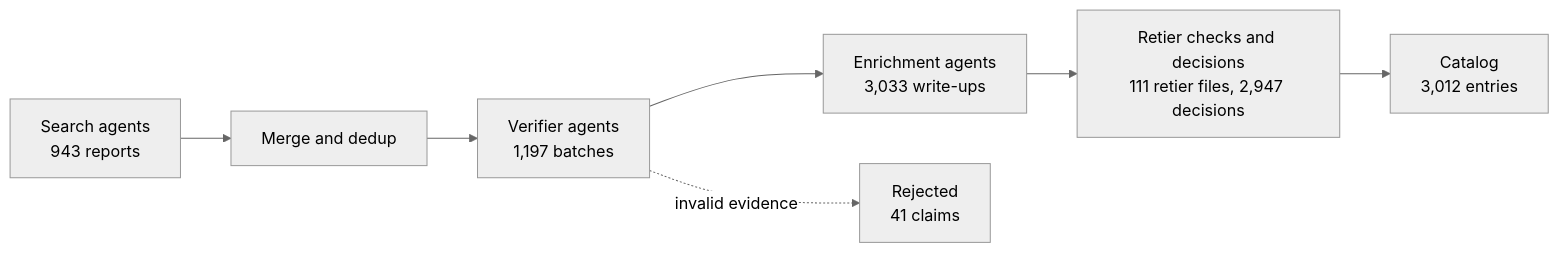
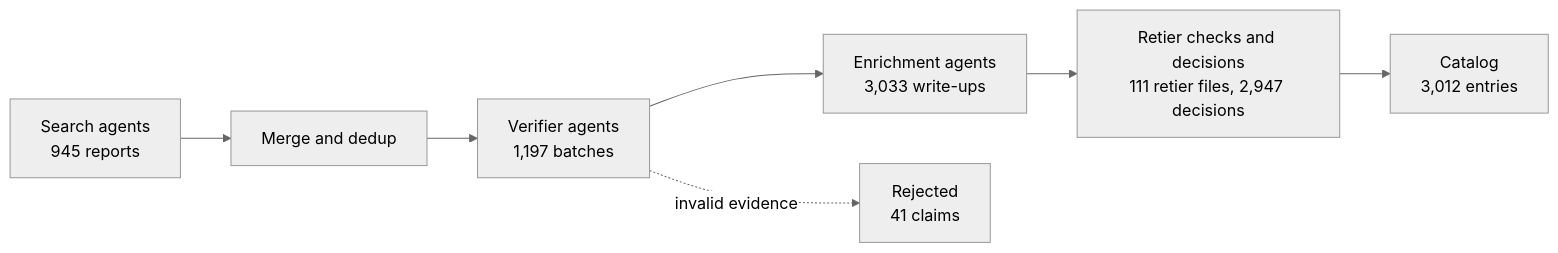
Before and after one commit to harrisjib216/fastplusplus: the diagram in README.md, drawn with Mermaid (neutral theme). The commit also changed 6 other files, not shown here.

````diff
--- a/README.md
+++ b/README.md
@@ -116,9 +116,9 @@
 ```mermaid
 flowchart LR
-  S["Search agents<br/>943 reports"] --> M["Merge and dedup"]
+  S["Search agents<br/>945 reports"] --> M["Merge and dedup"]
   M --> V["Verifier agents<br/>1,197 batches"]
   V --> E["Enrichment agents<br/>3,033 write-ups"]
   E --> R["Retier checks and decisions<br/>111 retier files, 2,947 decisions"]
   R --> C["Catalog<br/>3,012 entries"]
   V -. invalid evidence .-> X["Rejected<br/>41 claims"]
 ```
````
